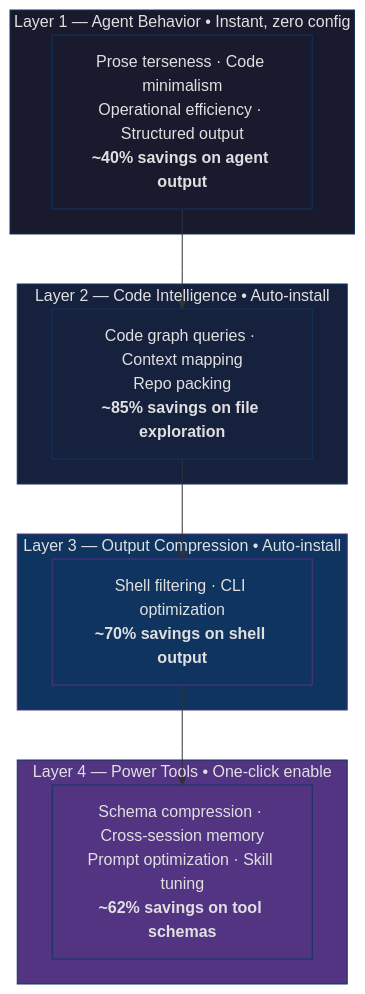
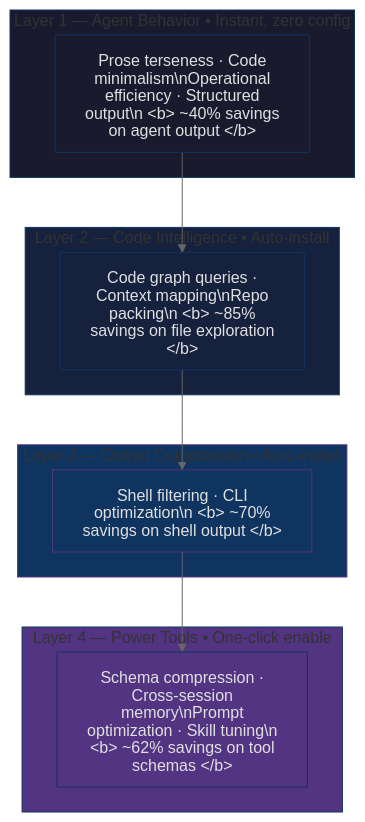
Before and after one commit to Im-Busy/token-saver-meta: the diagram in README.md, drawn with Mermaid.

Commit message:
fix: correct Mermaid syntax — subgraph labels, markdown strings, frontmatter config

````diff
--- a/README.md
+++ b/README.md
@@ -25,25 +25,30 @@
 ```mermaid
+---
+config:
+  theme: neutral
+  htmlLabels: false
+---
 graph TB
-    subgraph LAYER4["Layer 4 — Power Tools • One-click enable"]
-        L4["Schema compression · Cross-session memory<br/>Prompt optimization · Skill tuning<br/><b>~62% savings on tool schemas</b>"]
+    subgraph LAYER4 [Layer 4 — Power Tools • One-click enable]
+        L4["`Schema compression · Cross-session memory\nPrompt optimization · Skill tuning\n<b>~62% savings on tool schemas</b>`"]
     end
-    subgraph LAYER3["Layer 3 — Output Compression • Auto-install"]
-        L3["Shell filtering · CLI optimization<br/><b>~70% savings on shell output</b>"]
+    subgraph LAYER3 [Layer 3 — Output Compression • Auto-install]
+        L3["`Shell filtering · CLI optimization\n<b>~70% savings on shell output</b>`"]
     end
-    subgraph LAYER2["Layer 2 — Code Intelligence • Auto-install"]
-        L2["Code graph queries · Context mapping<br/>Repo packing<br/><b>~85% savings on file exploration</b>"]
+    subgraph LAYER2 [Layer 2 — Code Intelligence • Auto-install]
+        L2["`Code graph queries · Context mapping\nRepo packing\n<b>~85% savings on file exploration</b>`"]
     end
-    subgraph LAYER1["Layer 1 — Agent Behavior • Instant, zero config"]
-        L1["Prose terseness · Code minimalism<br/>Operational efficiency · Structured output<br/><b>~40% savings on agent output</b>"]
+    subgraph LAYER1 [Layer 1 — Agent Behavior • Instant, zero config]
+        L1["`Prose terseness · Code minimalism\nOperational efficiency · Structured output\n<b>~40% savings on agent output</b>`"]
     end
     L1 --> L2 --> L3 --> L4
 
     style LAYER1 fill:#1a1a2e,stroke:#0f3460,color:#e0e0e0
     style LAYER2 fill:#16213e,stroke:#0f3460,color:#e0e0e0
     style LAYER3 fill:#0f3460,stroke:#533483,color:#e0e0e0
     style LAYER4 fill:#533483,stroke:#0f3460,color:#e0e0e0
     style L1 fill:#1a1a2e,stroke:#0f3460,color:#e0e0e0
     style L2 fill:#16213e,stroke:#0f3460,color:#e0e0e0
     style L3 fill:#0f3460,stroke:#533483,color:#e0e0e0
     style L4 fill:#533483,stroke:#0f3460,color:#e0e0e0
 ```
````
